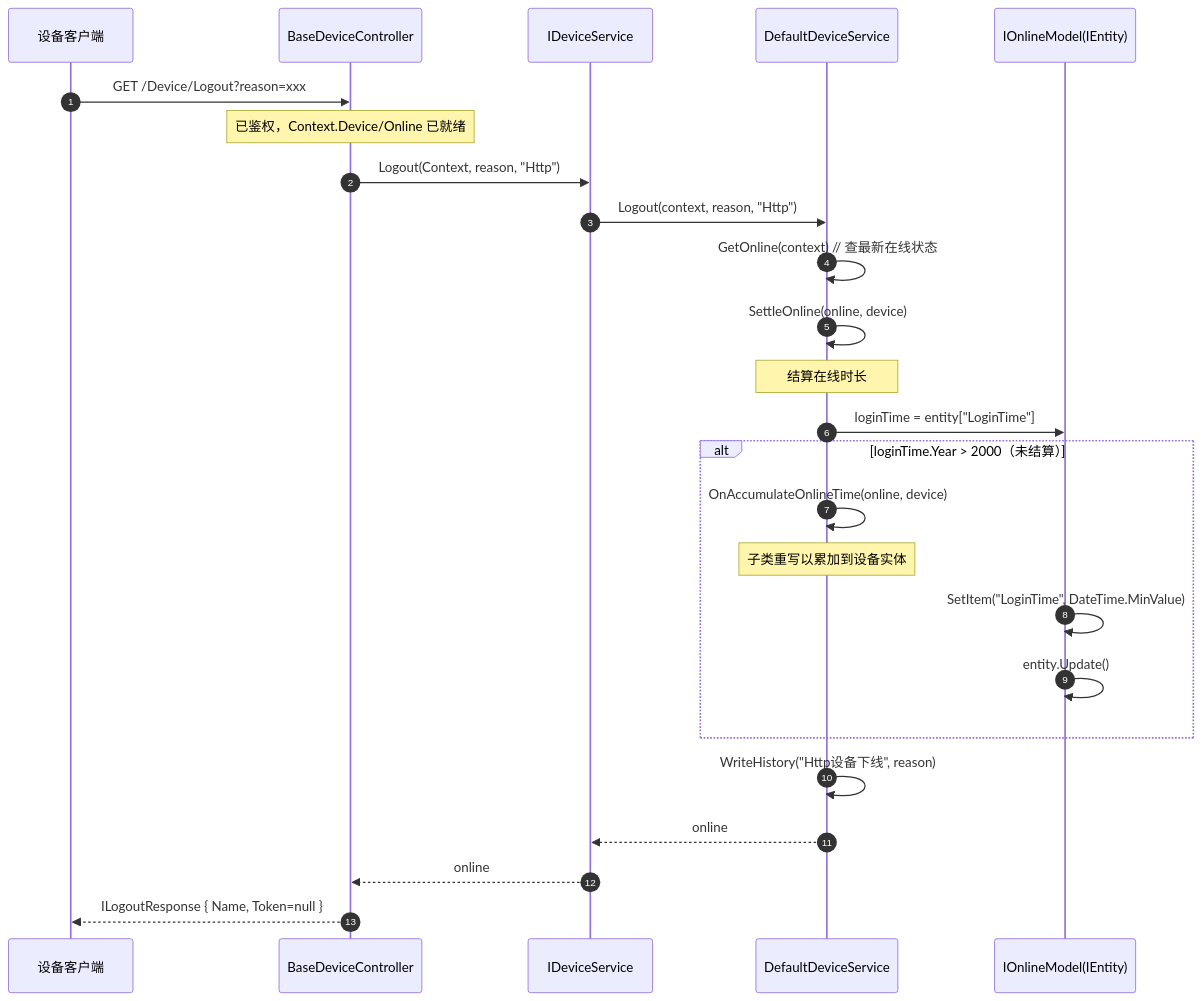
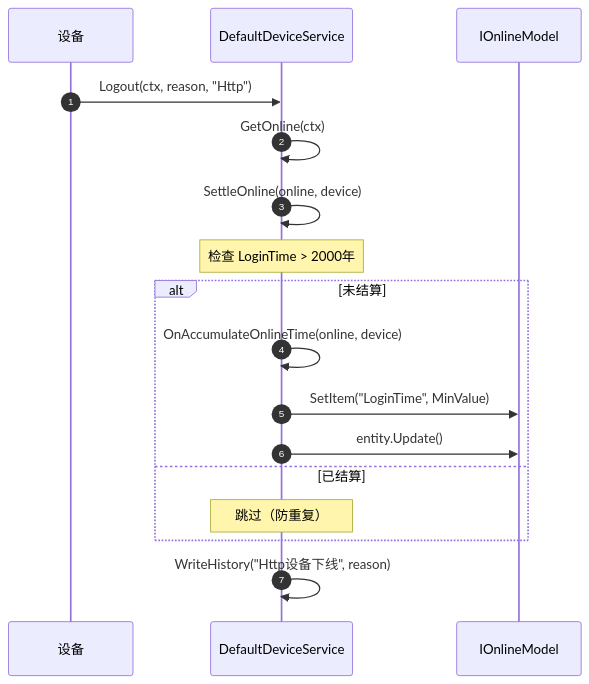
The fifth of 10 diagrams in Doc/SRV-服务端架构.md (NewLifeX/NewLife.Remoting), drawn with Mermaid before and after one commit. The commit also changed other lines of this file, not shown here.

````diff
--- a/Doc/SRV-服务端架构.md
+++ b/Doc/SRV-服务端架构.md
@@ -406,30 +191,22 @@
 ```mermaid
 sequenceDiagram
     autonumber
-    participant Device as 设备客户端
-    participant BC as BaseDeviceController
-    participant Svc as IDeviceService
-    participant DDS as DefaultDeviceService
-    participant Online as IOnlineModel(IEntity)
+    participant D as 设备
+    participant DS as DefaultDeviceService
+    participant Online as IOnlineModel
 
-    Device->>BC: GET /Device/Logout?reason=xxx
-    Note over BC: 已鉴权，Context.Device/Online 已就绪
-    BC->>Svc: Logout(Context, reason, "Http")
-    Svc->>DDS: Logout(context, reason, "Http")
-    DDS->>DDS: GetOnline(context)  // 查最新在线状态
-    DDS->>DDS: SettleOnline(online, device)
+    D->>DS: Logout(ctx, reason, "Http")
+    DS->>DS: GetOnline(ctx)
+    DS->>DS: SettleOnline(online, device)
 
-    Note over DDS: 结算在线时长
-    DDS->>Online: loginTime = entity["LoginTime"]
-    alt loginTime.Year > 2000（未结算）
-        DDS->>DDS: OnAccumulateOnlineTime(online, device)
-        Note over DDS: 子类重写以累加到设备实体
-        Online->>Online: SetItem("LoginTime", DateTime.MinValue)
-        Online->>Online: entity.Update()
+    Note over DS: 检查 LoginTime > 2000年
+    alt 未结算
+        DS->>DS: OnAccumulateOnlineTime(online, device)
+        DS->>Online: SetItem("LoginTime", MinValue)
+        DS->>Online: entity.Update()
+    else 已结算
+        Note over DS: 跳过（防重复）
     end
 
-    DDS->>DDS: WriteHistory("Http设备下线", reason)
-    DDS-->>Svc: online
-    Svc-->>BC: online
-    BC-->>Device: ILogoutResponse { Name, Token=null }
+    DS->>DS: WriteHistory("Http设备下线", reason)
 ```
````
